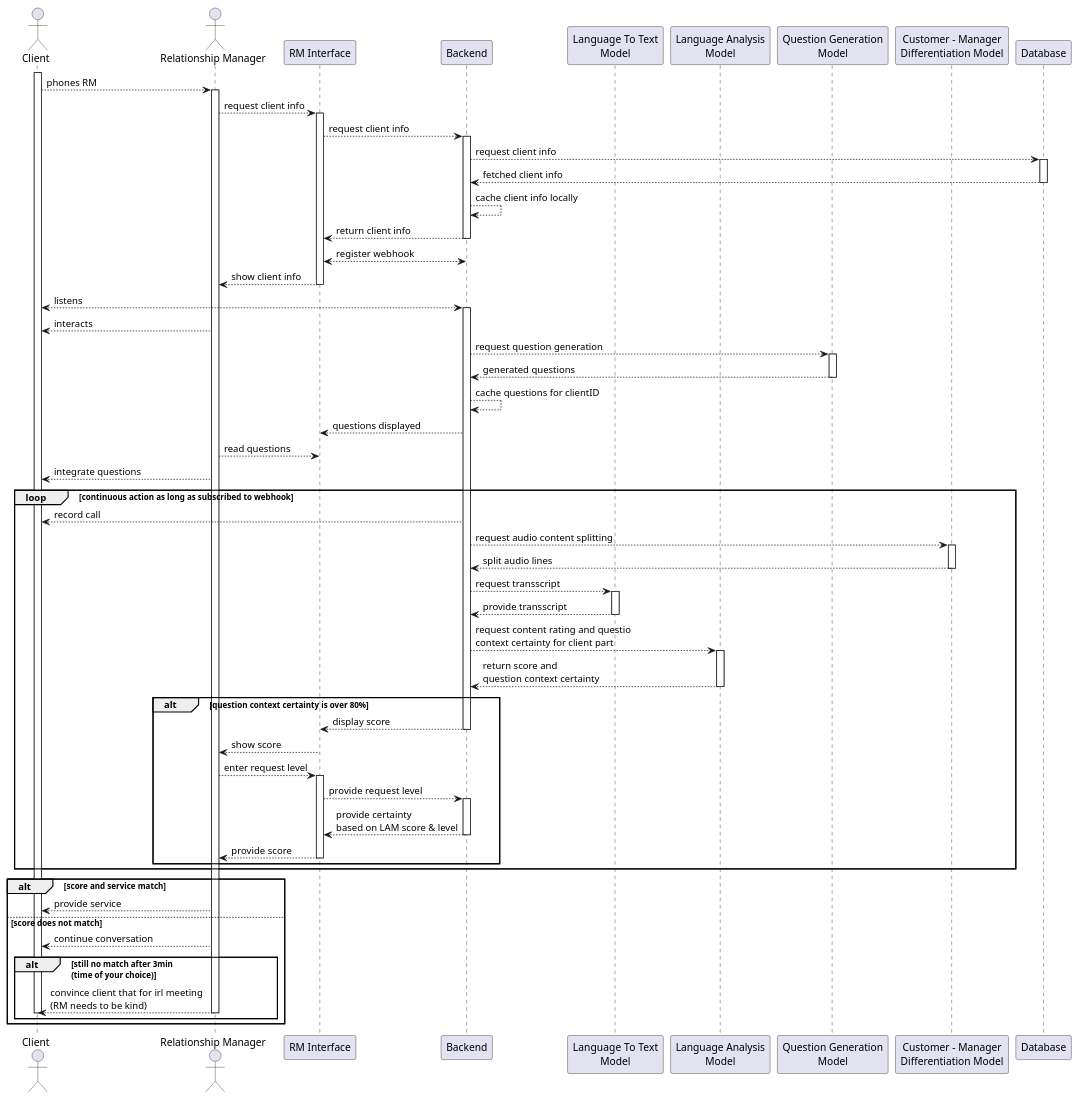
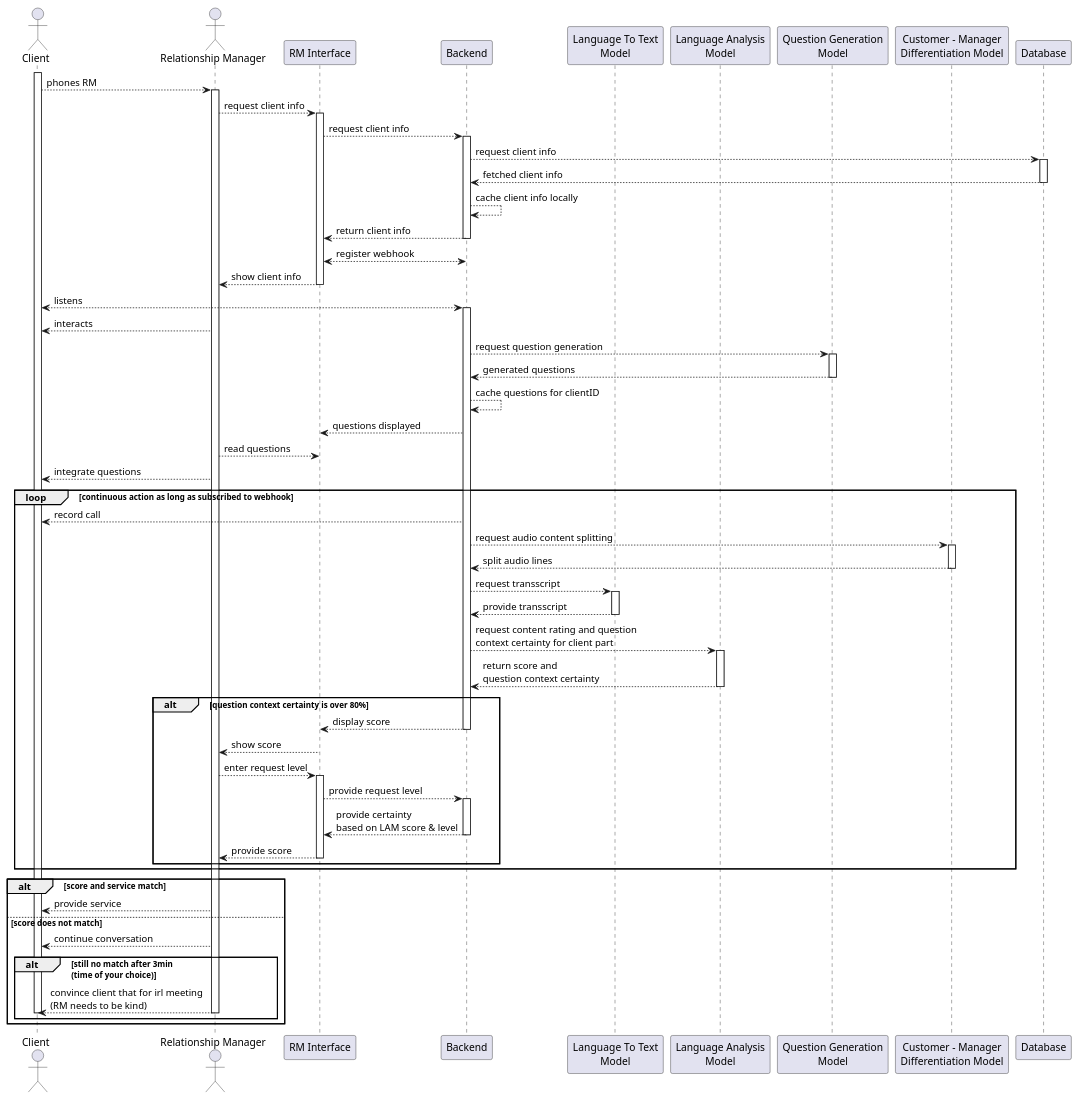
Before and after one commit to Bissbert/FakeSniffer: the diagram in plantuml/newAppSequence.pu, drawn with PlantUML. The commit also changed 1 other file, not shown here.

Commit message:
fixed typo in sequence diagram

```diff
--- a/plantuml/newAppSequence.pu
+++ b/plantuml/newAppSequence.pu
@@ -1,95 +1,95 @@
 @startuml appSequence
 '!theme vibrant
 
 actor Client
 actor "Relationship Manager" as RM
 participant "RM Interface" as FE
 participant "Backend" as BE
 participant "Language To Text\nModel" as LTTM
 participant "Language Analysis\nModel" as LAM
 participant "Question Generation\nModel" as QGM
 participant "Customer - Manager\nDifferentiation Model" as CMDM
 participant "Database" as DB
 
 activate Client
 
 Client --> RM : phones RM
 activate RM
 RM --> FE : request client info
 activate FE
 FE --> BE : request client info
 activate BE
 BE --> DB : request client info
 activate DB
 DB --> BE : fetched client info
 deactivate DB
 BE --> BE : cache client info locally
 BE --> FE : return client info
 deactivate BE
 FE <--> BE : register webhook
 FE --> RM : show client info
 deactivate FE
 
 
 BE <--> Client : listens
 activate BE
 RM --> Client : interacts
 
 
 BE --> QGM : request question generation
 activate QGM
 QGM --> BE : generated questions
 deactivate QGM
 BE --> BE : cache questions for clientID
 
 BE --> FE : questions displayed
 RM --> FE: read questions
 RM --> Client : integrate questions
 
 loop continuous action as long as subscribed to webhook
     BE --> Client : record call
 
     BE --> CMDM : request audio content splitting
     activate CMDM
     CMDM --> BE : split audio lines
     deactivate CMDM
 
     BE --> LTTM : request transscript
     activate LTTM
     LTTM --> BE : provide transscript
     deactivate LTTM
 
-    BE --> LAM : request content rating and questio\ncontext certainty for client part
+    BE --> LAM : request content rating and question\ncontext certainty for client part
     activate LAM
     LAM --> BE : return score and\nquestion context certainty
     deactivate LAM
 
     alt question context certainty is over 80%
         BE --> FE : display score
         deactivate BE
         FE --> RM : show score
 
         RM --> FE: enter request level
         activate FE
         FE --> BE: provide request level
         activate BE
         BE --> FE: provide certainty\nbased on LAM score & level
         deactivate BE
         FE --> RM: provide score
         deactivate FE
     end
 end
 alt score and service match
     RM --> Client : provide service
 
 else score does not match
     RM --> Client: continue conversation
     alt still no match after 3min\n(time of your choice)
         RM --> Client : convince client that for irl meeting\n(RM needs to be kind)
         deactivate RM
         deactivate Client
     end
 end
 
 
 @enduml
```
